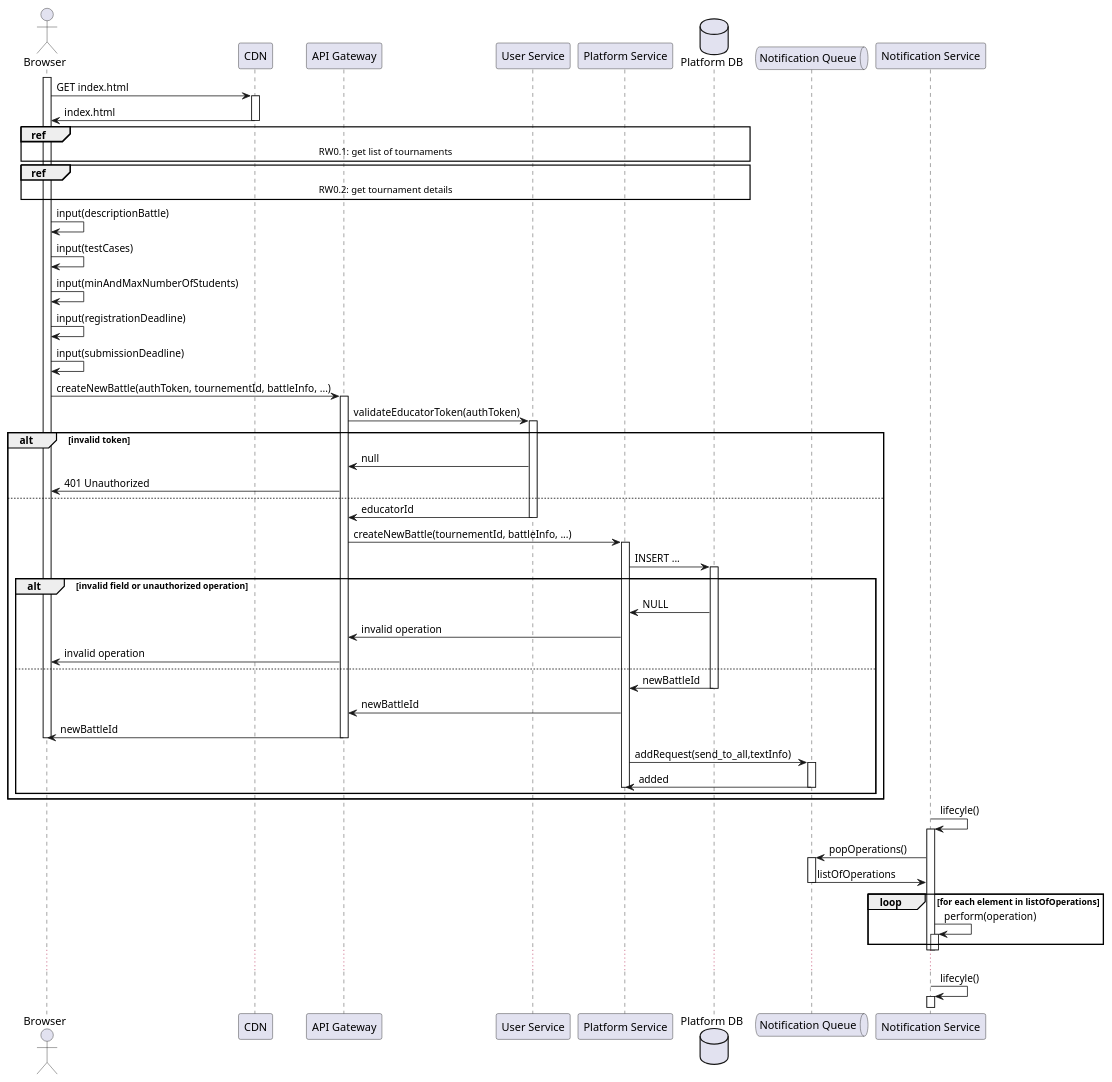
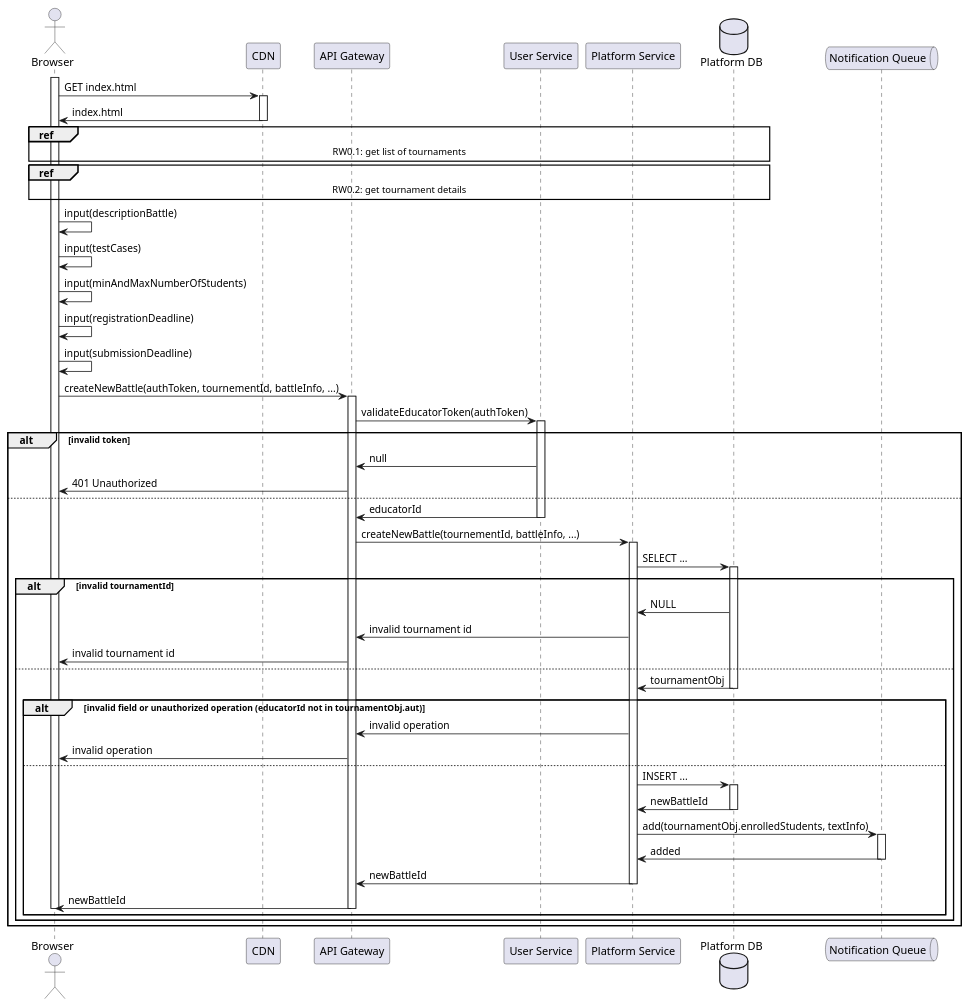
The diagram in dd/puml/rw3.puml (Furrrlo/CodeKataBattle), drawn with PlantUML before and after one commit. The commit also changed 4 other files, not shown here.

```diff
--- a/dd/puml/rw3.puml
+++ b/dd/puml/rw3.puml
@@ -1,73 +1,62 @@
 @startuml RW3 - Educator creates a new Battle for an Existing Tournament
 
 actor Browser
 participant CDN
 participant "API Gateway" as gateway
 participant "User Service" as auth
 
 participant "Platform Service" as platform
 database "Platform DB" as platformDb
 
 queue  "Notification Queue" as notificationQueue
-participant "Notification Service" as notification
 
 activate Browser
 Browser -> CDN ++ : GET index.html
 Browser <- CDN -- : index.html
 
 ref over Browser, gateway, auth, platform, platformDb: RW0.1: get list of tournaments
 ref over Browser, gateway, auth, platform, platformDb: RW0.2: get tournament details
 
 Browser -> Browser : input(descriptionBattle)
 Browser -> Browser : input(testCases)
 Browser -> Browser : input(minAndMaxNumberOfStudents)
 Browser -> Browser : input(registrationDeadline)
 Browser -> Browser : input(submissionDeadline)
 
 Browser -> gateway ++ : createNewBattle(authToken, tournementId, battleInfo, ...)
 
 gateway -> auth ++ : validateEducatorToken(authToken)
 alt invalid token
     gateway <- auth : null
     Browser <- gateway : 401 Unauthorized
 else
     gateway <- auth -- : educatorId
     gateway -> platform ++ : createNewBattle(tournementId, battleInfo, ...)
 
-    platform -> platformDb ++ : INSERT ...
+    platform -> platformDb ++ : SELECT ...
 
-    alt invalid field or unauthorized operation
+    alt invalid tournamentId
         platform <- platformDb : NULL
-        gateway <- platform : invalid operation
-        Browser <- gateway : invalid operation
+        gateway <- platform : invalid tournament id
+        Browser <- gateway : invalid tournament id
     else
-        platform <- platformDb -- : newBattleId
-        gateway <- platform  : newBattleId
-        Browser <- gateway -- : newBattleId
-        deactivate Browser
+        platform <- platformDb -- : tournamentObj
 
-        platform -> notificationQueue ++ : addRequest(send_to_all,textInfo)
+        alt invalid field or unauthorized operation (educatorId not in tournamentObj.aut)
+            gateway <- platform : invalid operation
+            Browser <- gateway : invalid operation
+        else
+            platform -> platformDb ++ : INSERT ...
+            platform <- platformDb -- : newBattleId
 
-        platform <- notificationQueue --: added
-        deactivate platform
+            platform -> notificationQueue ++ : add(tournamentObj.enrolledStudents, textInfo)
+            platform <- notificationQueue --: added
+
+            gateway <- platform -- : newBattleId
+            Browser <- gateway -- : newBattleId
+            deactivate Browser
+        end
     end
-
-
 end
 
-notification -> notification ++ : lifecyle()
-notification -> notificationQueue ++: popOperations()
-notification <- notificationQueue --:listOfOperations
-
-
-loop for each element in listOfOperations
-    notification -> notification ++: perform(operation)
-end
-deactivate notification
-deactivate notification
-...
-notification -> notification ++ : lifecyle()
-
-
-
 @enduml
```
